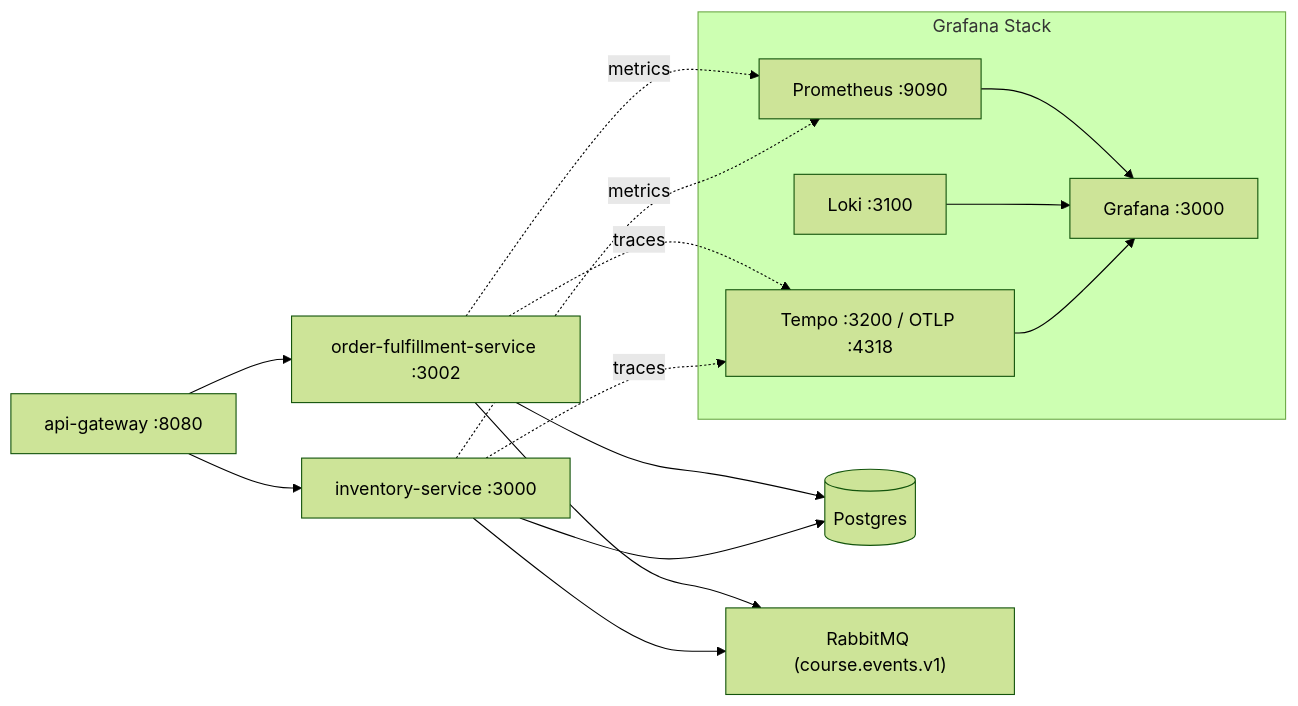
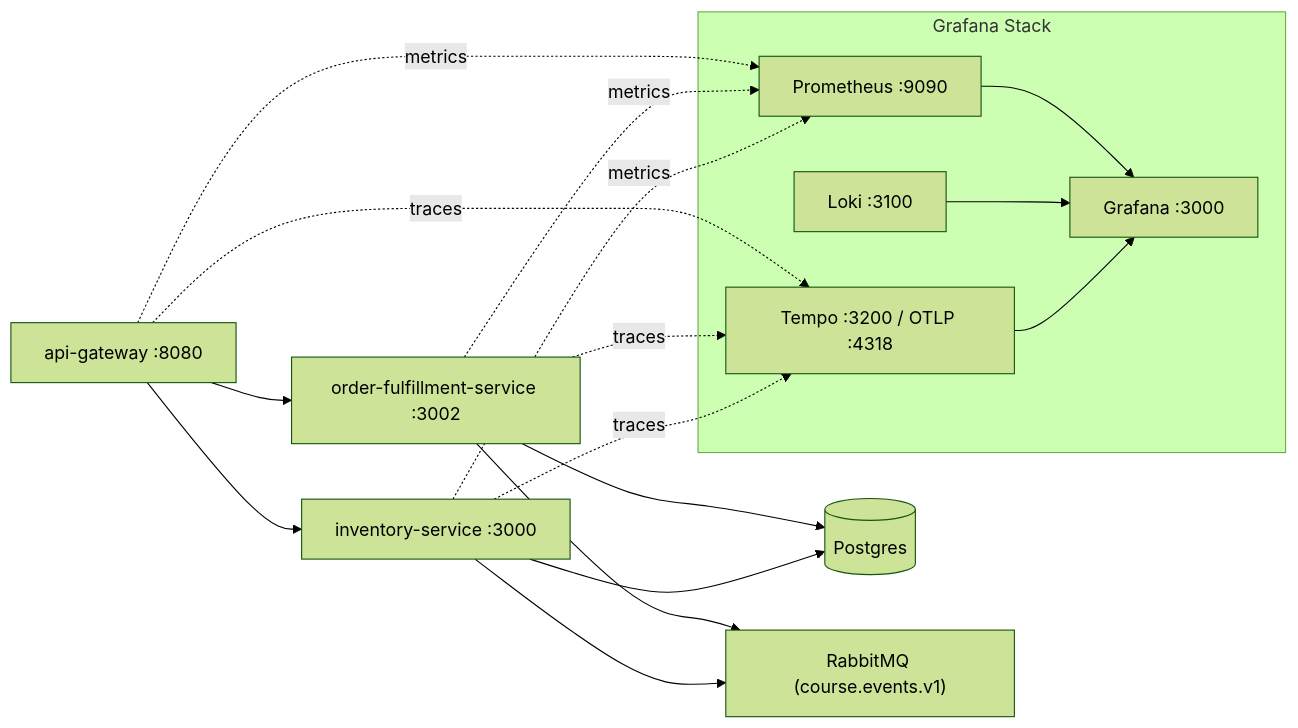
The diagram in project/README.md (kevinmamaqi/curso-ddd-2026), drawn with Mermaid (forest theme) before and after one commit. The commit also changed other lines of this file and 16 other files, not shown here.

````diff
--- a/project/README.md
+++ b/project/README.md
@@ -11,26 +11,28 @@
 ```mermaid
 flowchart LR
   G["api-gateway :8080"] --> F["order-fulfillment-service :3002"]
   G --> I["inventory-service :3000"]
 
   F --> PG[(Postgres)]
   I --> PG
 
   F --> MQ["RabbitMQ (course.events.v1)"]
   I --> MQ
 
   subgraph Obs["Grafana Stack"]
     P["Prometheus :9090"]
     L["Loki :3100"]
     T["Tempo :3200 / OTLP :4318"]
     GF["Grafana :3000"]
   end
 
+  G -. metrics .-> P
+  G -. traces .-> T
   F -. metrics .-> P
   I -. metrics .-> P
   F -. traces .-> T
   I -. traces .-> T
   P --> GF
   L --> GF
   T --> GF
 ```
````
